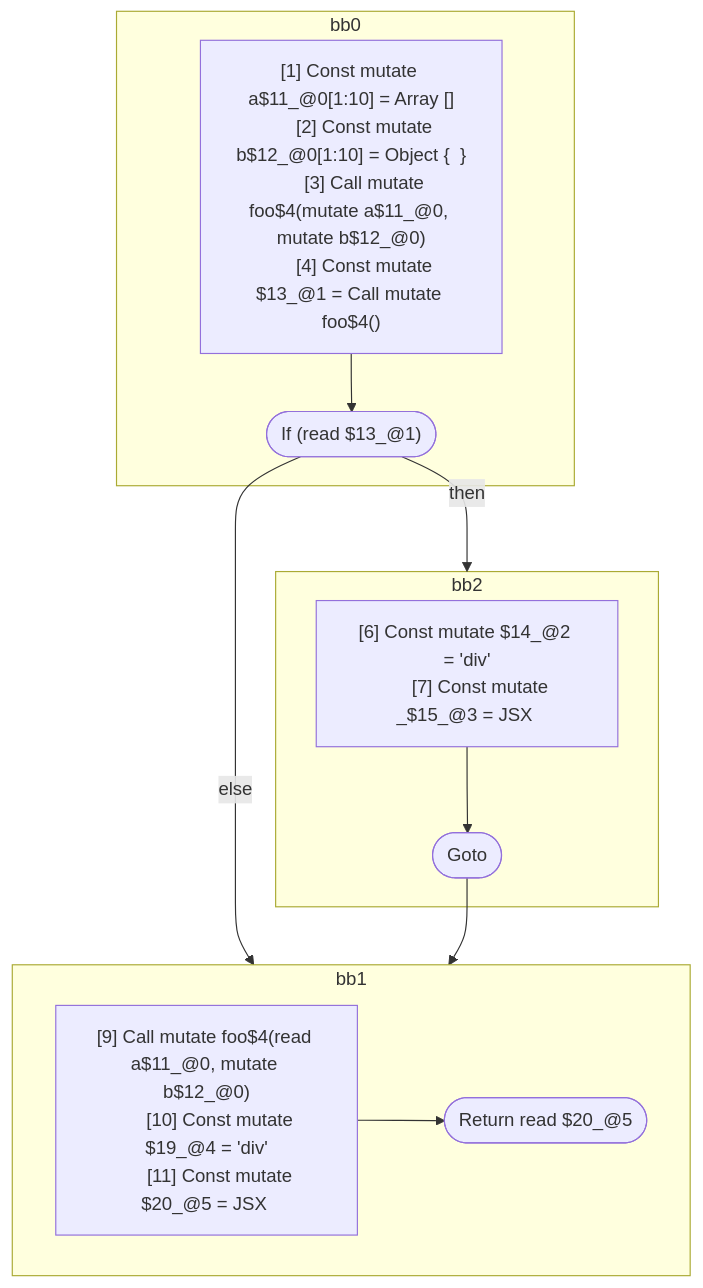
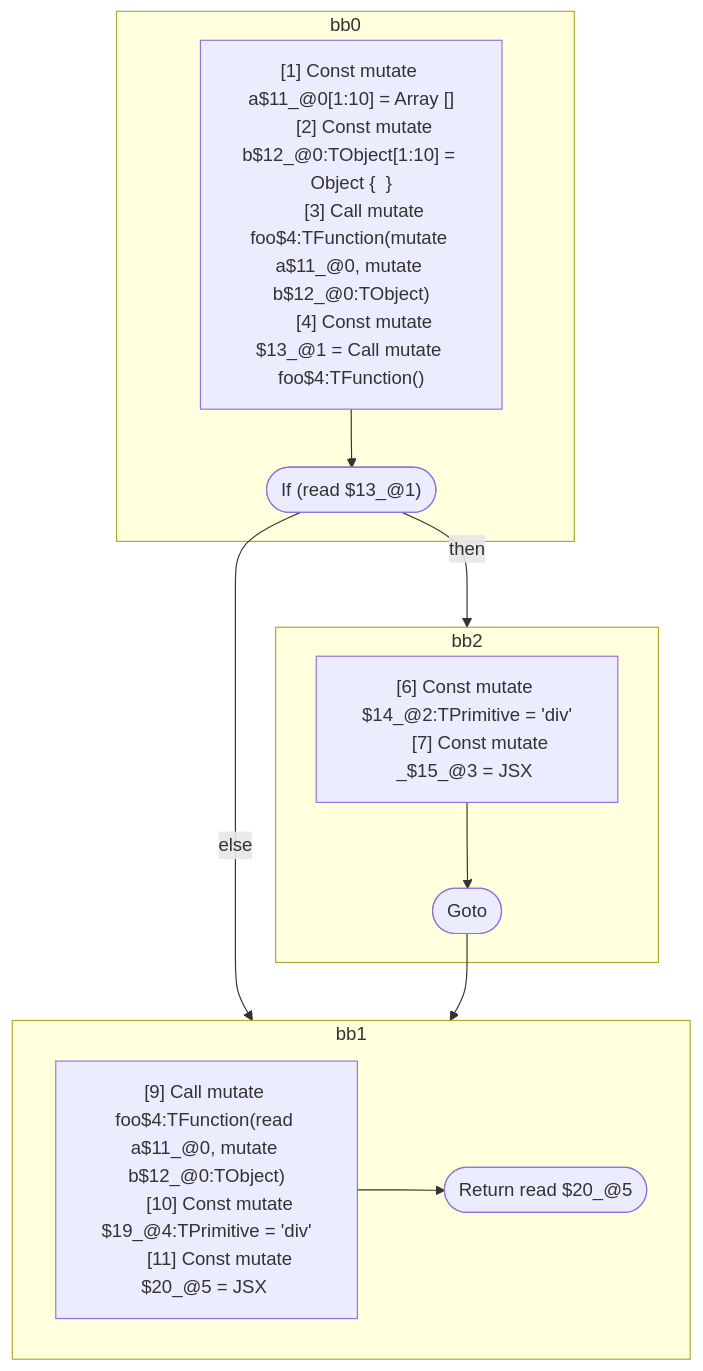
The second of 2 diagrams in compiler/forget/src/__tests__/fixtures/hir/ssa-call-jsx-2.expect.md (wutsmog/private), drawn with Mermaid before and after one commit. The commit also changed other lines of this file and 112 other files, not shown here.

````diff
--- a/compiler/forget/src/__tests__/fixtures/hir/ssa-call-jsx-2.expect.md
+++ b/compiler/forget/src/__tests__/fixtures/hir/ssa-call-jsx-2.expect.md
@@ -118,34 +118,34 @@
 ```mermaid
 flowchart TB
   %% Basic Blocks
   subgraph bb0
     bb0_instrs["
       [1] Const mutate a$11_@0[1:10] = Array []
-      [2] Const mutate b$12_@0[1:10] = Object {  }
-      [3] Call mutate foo$4(mutate a$11_@0, mutate b$12_@0)
-      [4] Const mutate $13_@1 = Call mutate foo$4()
+      [2] Const mutate b$12_@0:TObject[1:10] = Object {  }
+      [3] Call mutate foo$4:TFunction(mutate a$11_@0, mutate b$12_@0:TObject)
+      [4] Const mutate $13_@1 = Call mutate foo$4:TFunction()
     "]
     bb0_instrs --> bb0_terminal(["If (read $13_@1)"])
   end
   subgraph bb2
     bb2_instrs["
-      [6] Const mutate $14_@2 = 'div'
-      [7] Const mutate _$15_@3 = JSX <read $14_@2 a={freeze a$11_@0} ></read $14_@2>
+      [6] Const mutate $14_@2:TPrimitive = 'div'
+      [7] Const mutate _$15_@3 = JSX <read $14_@2:TPrimitive a={freeze a$11_@0} ></read $14_@2:TPrimitive>
     "]
     bb2_instrs --> bb2_terminal(["Goto"])
   end
   subgraph bb1
     bb1_instrs["
-      [9] Call mutate foo$4(read a$11_@0, mutate b$12_@0)
-      [10] Const mutate $19_@4 = 'div'
-      [11] Const mutate $20_@5 = JSX <read $19_@4 a={freeze a$11_@0} b={freeze b$12_@0} ></read $19_@4>
+      [9] Call mutate foo$4:TFunction(read a$11_@0, mutate b$12_@0:TObject)
+      [10] Const mutate $19_@4:TPrimitive = 'div'
+      [11] Const mutate $20_@5 = JSX <read $19_@4:TPrimitive a={freeze a$11_@0} b={freeze b$12_@0:TObject} ></read $19_@4:TPrimitive>
     "]
     bb1_instrs --> bb1_terminal(["Return read $20_@5"])
   end
 
   %% Jumps
   bb0_terminal -- "then" --> bb2
   bb0_terminal -- "else" --> bb1
   bb2_terminal --> bb1
 
 ```
````
